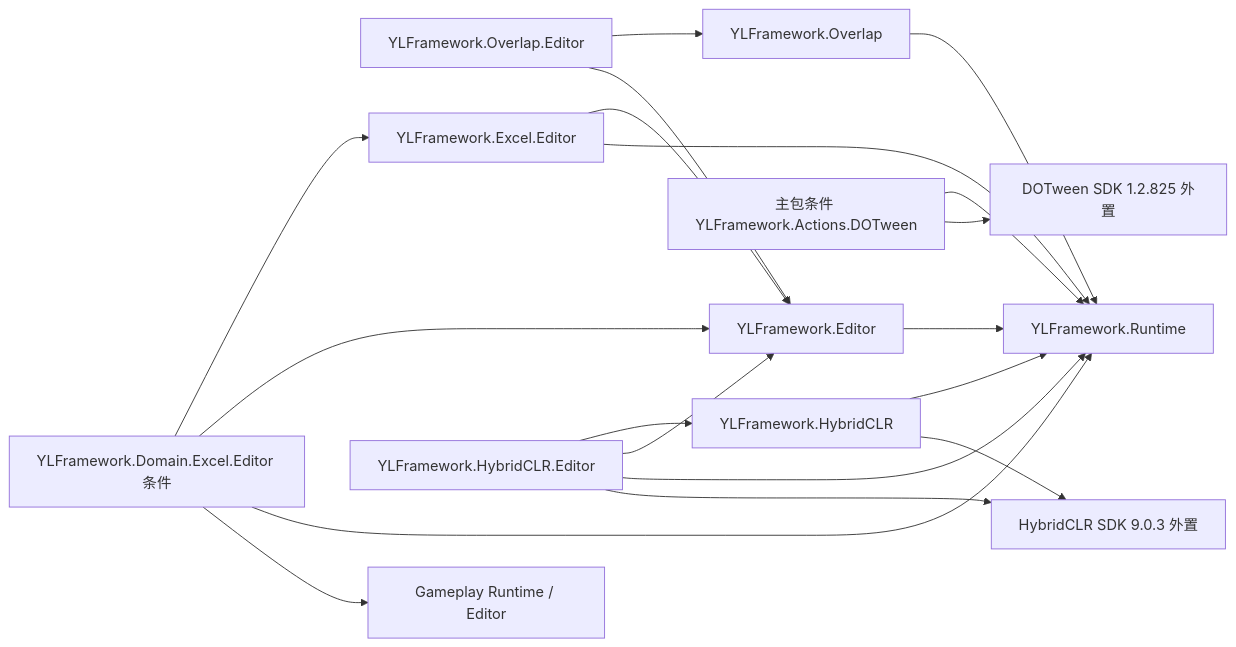
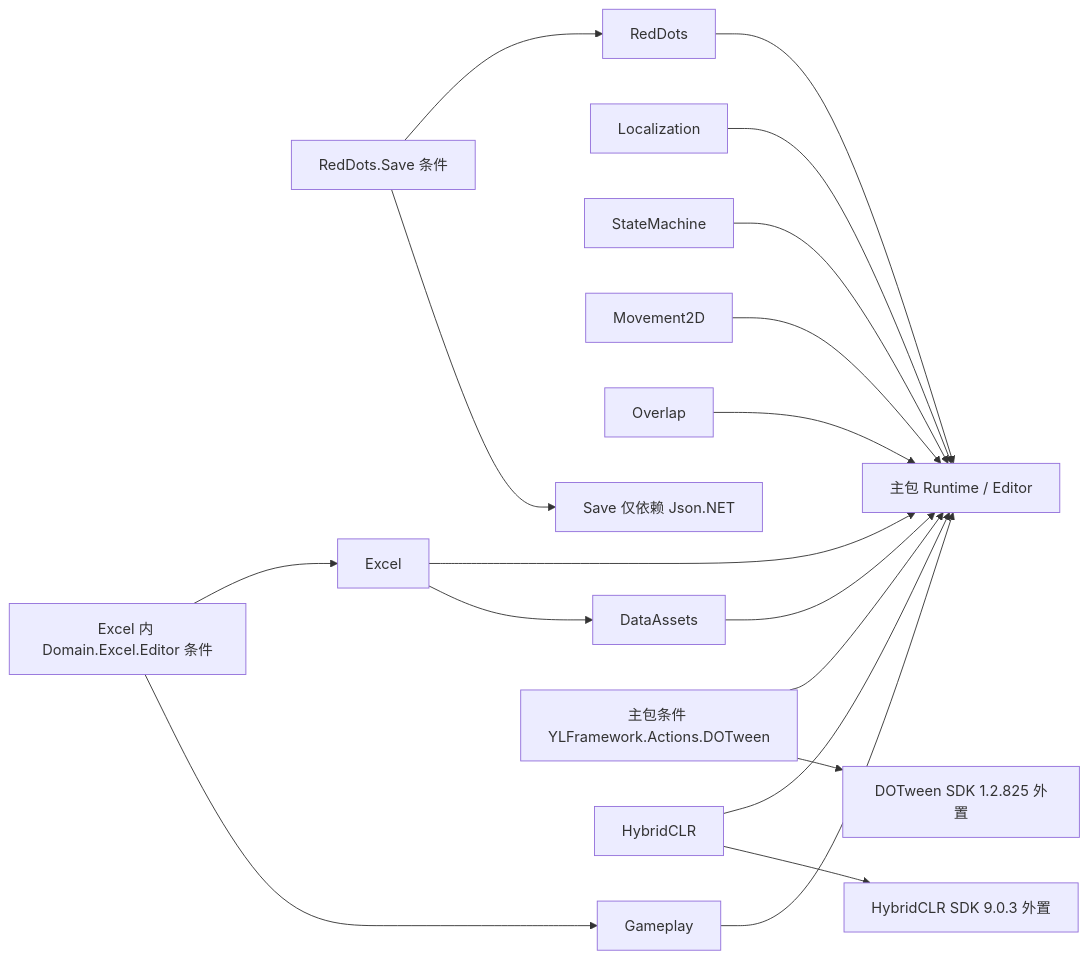
The diagram in README.md (KONOK-A/YLFramework-dev), drawn with Mermaid before and after one commit. The commit also changed other lines of this file and 32 other files, not shown here.

````diff
--- a/README.md
+++ b/README.md
@@ -34,21 +40,20 @@
 ```mermaid
 flowchart LR
-    Editor[YLFramework.Editor] --> Runtime[YLFramework.Runtime]
-    Overlap[YLFramework.Overlap] --> Runtime
-    OverlapEditor[YLFramework.Overlap.Editor] --> Overlap
-    OverlapEditor --> Editor
-    DOTween[主包条件 YLFramework.Actions.DOTween] --> Runtime
+    DataAssets --> Main[主包 Runtime / Editor]
+    Localization --> Main
+    StateMachine --> Main
+    Movement2D --> Main
+    Overlap --> Main
+    Gameplay --> Main
+    RedDots --> Main
+    RedDotsSave[RedDots.Save 条件] --> RedDots
+    RedDotsSave --> Save[Save 仅依赖 Json.NET]
+    DOTween[主包条件 YLFramework.Actions.DOTween] --> Main
     DOTween --> DOTweenSDK[DOTween SDK 1.2.825 外置]
-    Excel[YLFramework.Excel.Editor] --> Editor
-    Excel --> Runtime
-    DomainExcel[YLFramework.Domain.Excel.Editor 条件] --> Excel
-    DomainExcel --> Editor
-    DomainExcel --> Runtime
-    DomainExcel --> Gameplay[Gameplay Runtime / Editor]
-    HybridCLREditor[YLFramework.HybridCLR.Editor] --> HybridCLR[YLFramework.HybridCLR]
-    HybridCLREditor --> Editor
-    HybridCLREditor --> Runtime
-    HybridCLR --> Runtime
-    HybridCLREditor --> HybridCLRSDK[HybridCLR SDK 9.0.3 外置]
-    HybridCLR --> HybridCLRSDK
+    Excel --> Main
+    Excel --> DataAssets
+    DomainExcel[Excel 内 Domain.Excel.Editor 条件] --> Excel
+    DomainExcel --> Gameplay
+    HybridCLR --> Main
+    HybridCLR --> HybridCLRSDK[HybridCLR SDK 9.0.3 外置]
 ```
````
